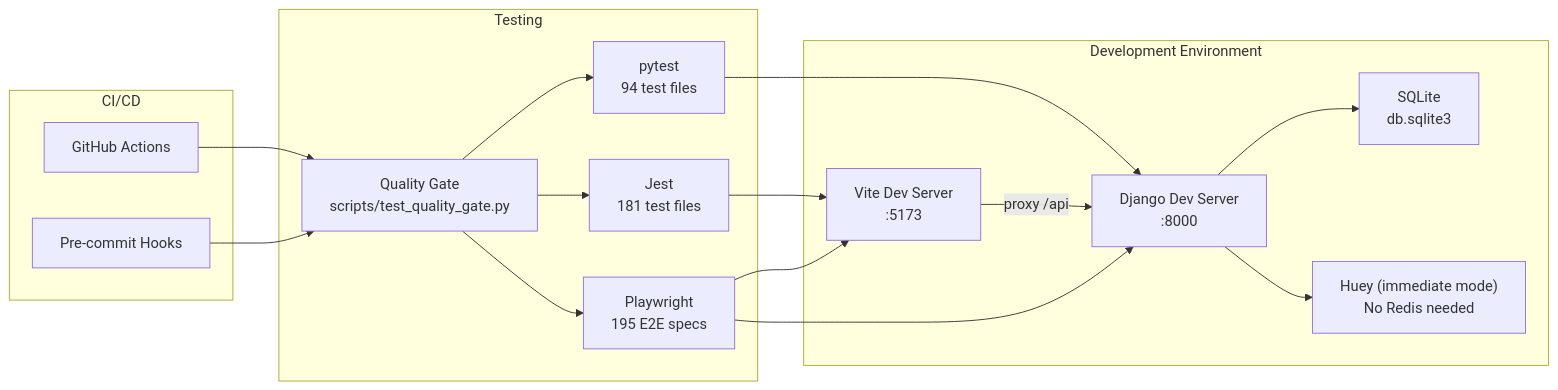
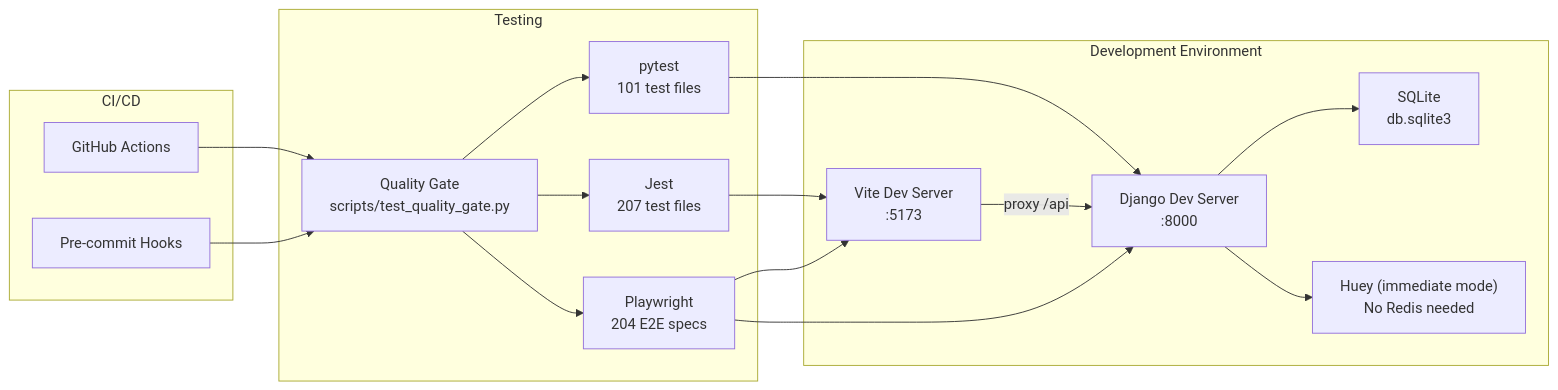
One commit to carlos18bp/gym_project changed the second of 8 diagrams in docs/methodology/architecture.md. Above: the diagram before and after it, drawn with Mermaid. The commit also changed other lines of this file and 73 other files, not shown here.

First line of the commit message:
docs: refresh the flow map, methodology docs and fleet skills

````diff
--- a/docs/methodology/architecture.md
+++ b/docs/methodology/architecture.md
@@ -60,34 +60,34 @@
 ```mermaid
 flowchart LR
     subgraph Dev["Development Environment"]
         Vite["Vite Dev Server\n:5173"]
         Django["Django Dev Server\n:8000"]
         Huey_Imm["Huey (immediate mode)\nNo Redis needed"]
         SQLite["SQLite\ndb.sqlite3"]
     end
 
     subgraph Test["Testing"]
-        Pytest["pytest\n94 test files"]
-        Jest["Jest\n181 test files"]
-        PW["Playwright\n195 E2E specs"]
+        Pytest["pytest\n101 test files"]
+        Jest["Jest\n207 test files"]
+        PW["Playwright\n204 E2E specs"]
         QG["Quality Gate\nscripts/test_quality_gate.py"]
     end
 
     subgraph CI["CI/CD"]
         GHA["GitHub Actions"]
         PreCommit["Pre-commit Hooks"]
     end
 
     Vite -->|"proxy /api"| Django
     Django --> SQLite
     Django --> Huey_Imm
     Pytest --> Django
     Jest --> Vite
     PW --> Vite
     PW --> Django
     QG --> Pytest
     QG --> Jest
     QG --> PW
     GHA --> QG
     PreCommit --> QG
 ```
````
